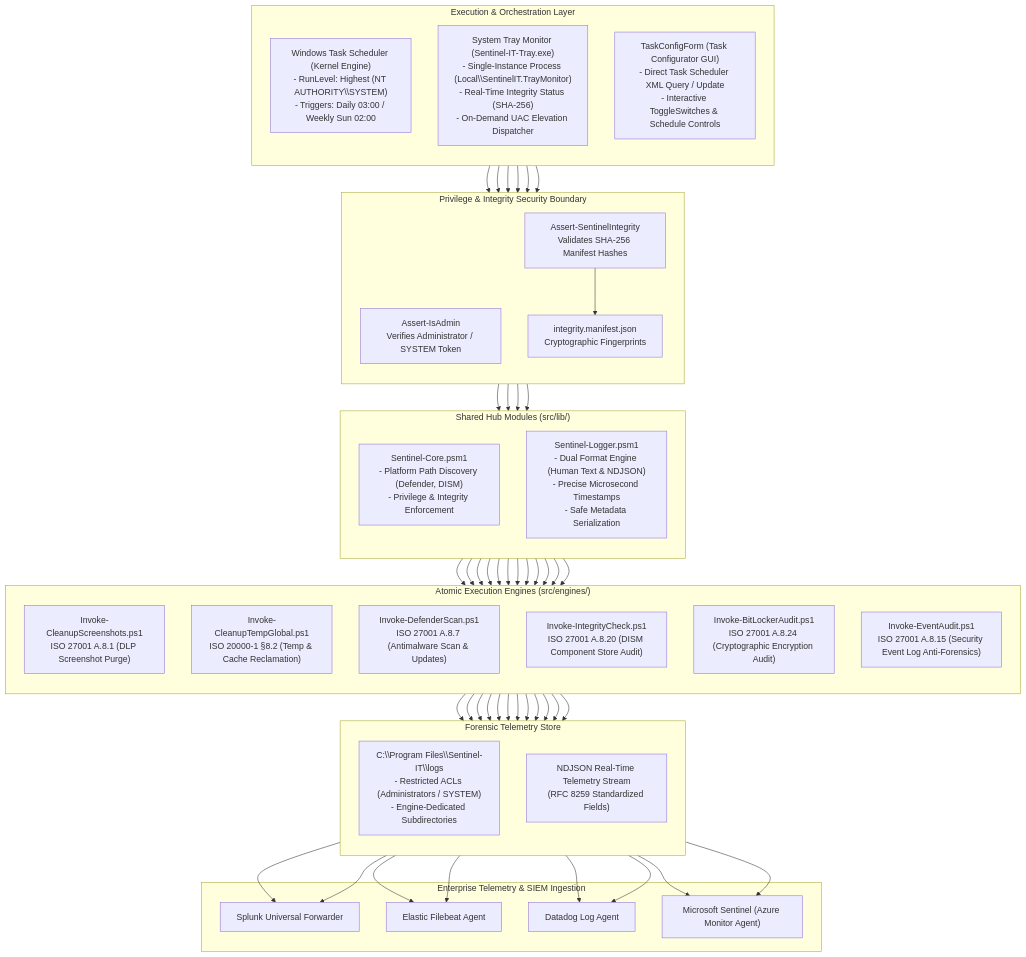
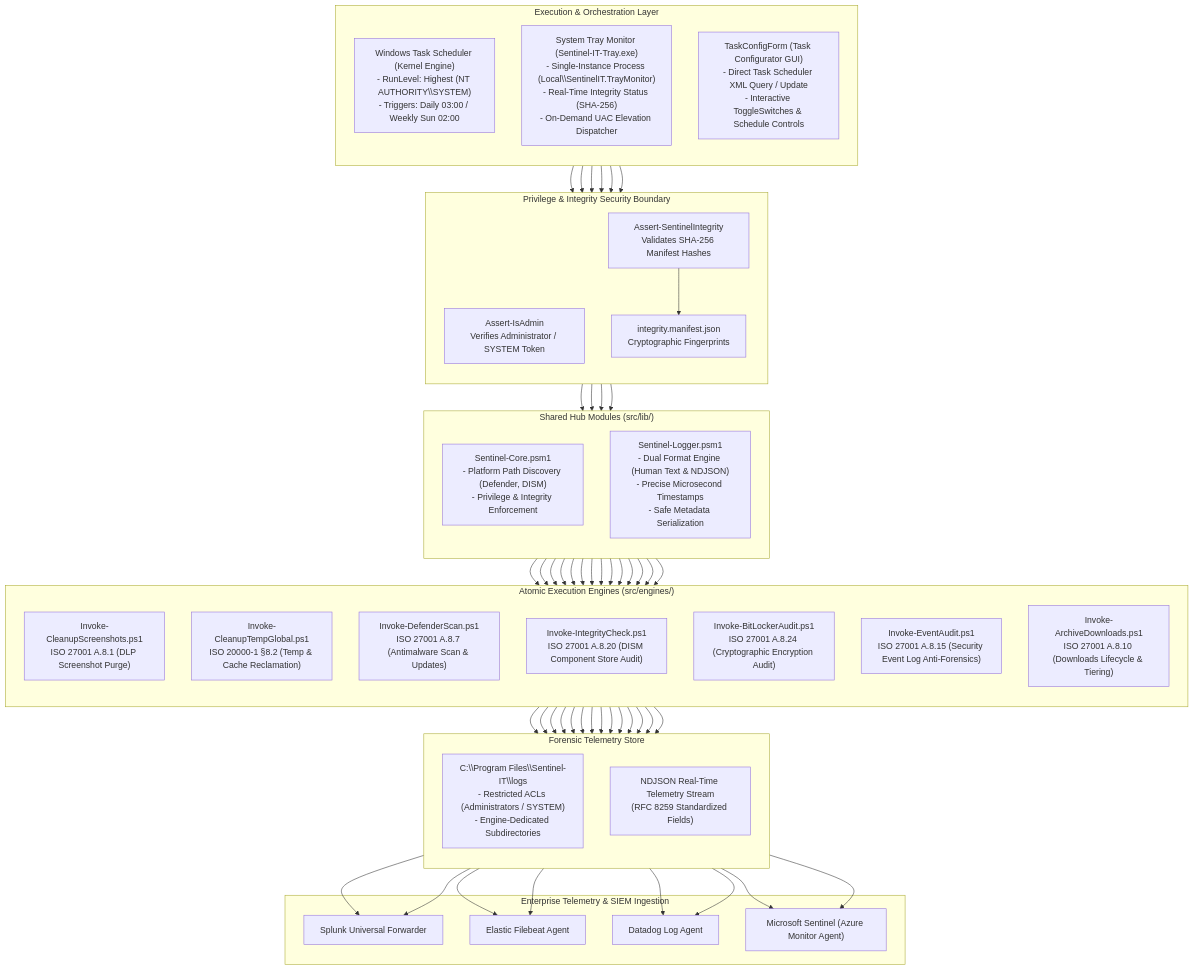
Before and after one commit to isora-cloud-group/Isora-Sentinel: the first of 4 diagrams in docs/ARCHITECTURE.md, drawn with Mermaid. The commit also changed other lines of this file and 37 other files, not shown here.

````diff
--- a/docs/ARCHITECTURE.md
+++ b/docs/ARCHITECTURE.md
@@ -26,52 +25,53 @@
 ```mermaid
 flowchart TD
     subgraph Schedulers["Execution & Orchestration Layer"]
         direction TB
         TaskSched["Windows Task Scheduler (Kernel Engine)\n- RunLevel: Highest (NT AUTHORITY\\SYSTEM)\n- Triggers: Daily 03:00 / Weekly Sun 02:00"]
         Tray["System Tray Monitor (Sentinel-IT-Tray.exe)\n- Single-Instance Process (Local\\SentinelIT.TrayMonitor)\n- Real-Time Integrity Status (SHA-256)\n- On-Demand UAC Elevation Dispatcher"]
         ConfigForm["TaskConfigForm (Task Configurator GUI)\n- Direct Task Scheduler XML Query / Update\n- Interactive ToggleSwitches & Schedule Controls"]
     end
 
     subgraph SecurityBoundary["Privilege & Integrity Security Boundary"]
         direction TB
         AssertAdmin["Assert-IsAdmin\nVerifies Administrator / SYSTEM Token"]
         AssertIntegrity["Assert-SentinelIntegrity\nValidates SHA-256 Manifest Hashes"]
         Manifest["integrity.manifest.json\nCryptographic Fingerprints"]
     end
 
     subgraph CentralHub["Shared Hub Modules (src/lib/)"]
         direction TB
         Core["Sentinel-Core.psm1\n- Platform Path Discovery (Defender, DISM)\n- Privilege & Integrity Enforcement"]
         Logger["Sentinel-Logger.psm1\n- Dual Format Engine (Human Text & NDJSON)\n- Precise Microsecond Timestamps\n- Safe Metadata Serialization"]
     end
 
     subgraph ExecutionSpokes["Atomic Execution Engines (src/engines/)"]
         direction TB
         E1["Invoke-CleanupScreenshots.ps1\nISO 27001 A.8.1 (DLP Screenshot Purge)"]
         E2["Invoke-CleanupTempGlobal.ps1\nISO 20000-1 §8.2 (Temp & Cache Reclamation)"]
         E3["Invoke-DefenderScan.ps1\nISO 27001 A.8.7 (Antimalware Scan & Updates)"]
         E4["Invoke-IntegrityCheck.ps1\nISO 27001 A.8.20 (DISM Component Store Audit)"]
         E5["Invoke-BitLockerAudit.ps1\nISO 27001 A.8.24 (Cryptographic Encryption Audit)"]
         E6["Invoke-EventAudit.ps1\nISO 27001 A.8.15 (Security Event Log Anti-Forensics)"]
+        E7["Invoke-ArchiveDownloads.ps1\nISO 27001 A.8.10 (Downloads Lifecycle & Tiering)"]
     end
 
     subgraph LocalStorage["Forensic Telemetry Store"]
         direction TB
         LogsDir["C:\\Program Files\\Sentinel-IT\\logs\n- Restricted ACLs (Administrators / SYSTEM)\n- Engine-Dedicated Subdirectories"]
         NDJSONStream["NDJSON Real-Time Telemetry Stream\n(RFC 8259 Standardized Fields)"]
     end
 
     subgraph SIEMLayer["Enterprise Telemetry & SIEM Ingestion"]
         Splunk["Splunk Universal Forwarder"]
         Elastic["Elastic Filebeat Agent"]
         Datadog["Datadog Log Agent"]
         Sentinel["Microsoft Sentinel (Azure Monitor Agent)"]
     end
 
     TaskSched & Tray & ConfigForm --> AssertAdmin & AssertIntegrity
     AssertIntegrity --> Manifest
     AssertAdmin & AssertIntegrity --> Core & Logger
-    Core & Logger --> E1 & E2 & E3 & E4 & E5 & E6
-    E1 & E2 & E3 & E4 & E5 & E6 --> LogsDir & NDJSONStream
+    Core & Logger --> E1 & E2 & E3 & E4 & E5 & E6 & E7
+    E1 & E2 & E3 & E4 & E5 & E6 & E7 --> LogsDir & NDJSONStream
     LogsDir & NDJSONStream --> Splunk & Elastic & Datadog & Sentinel
 ```
````
